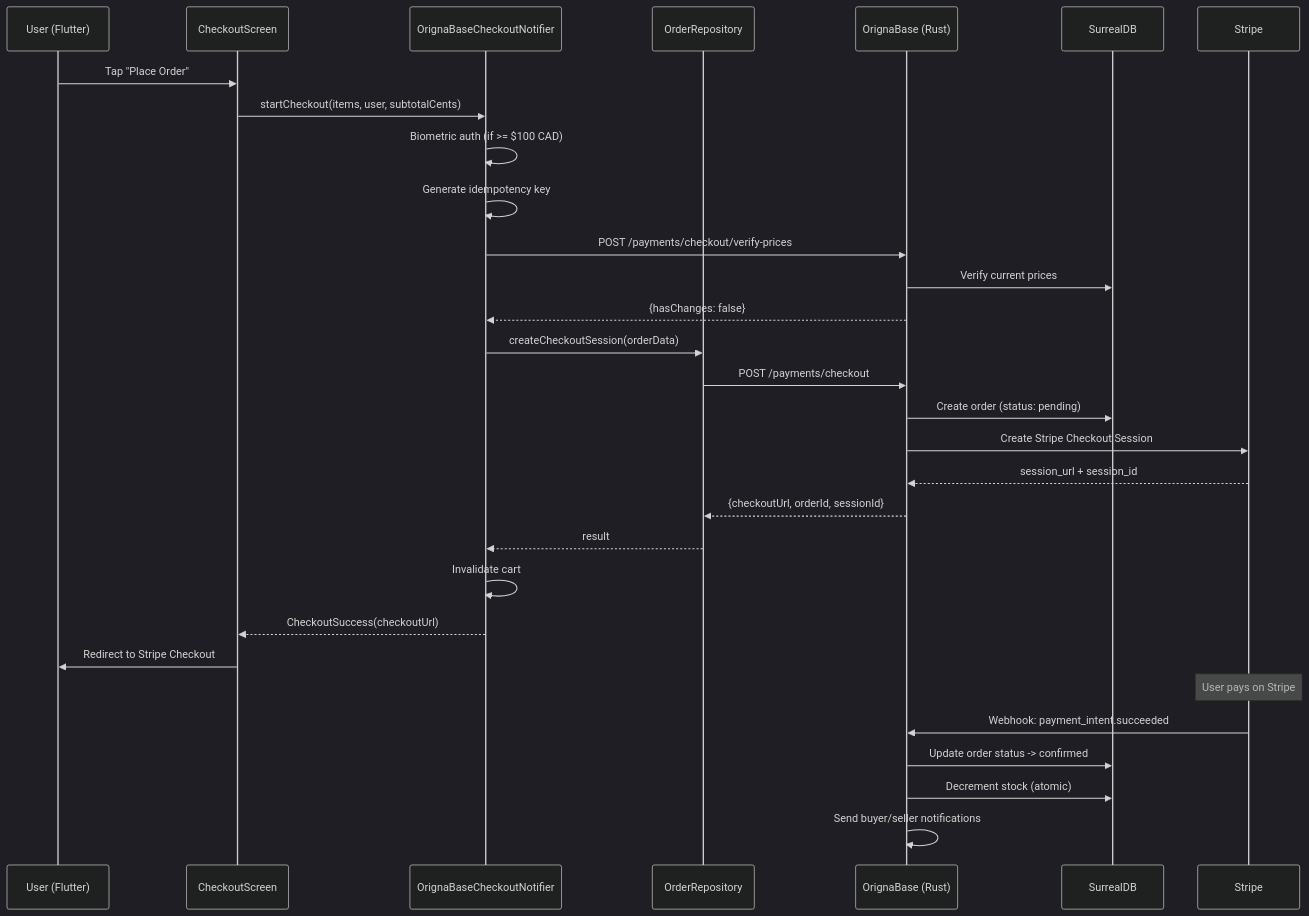
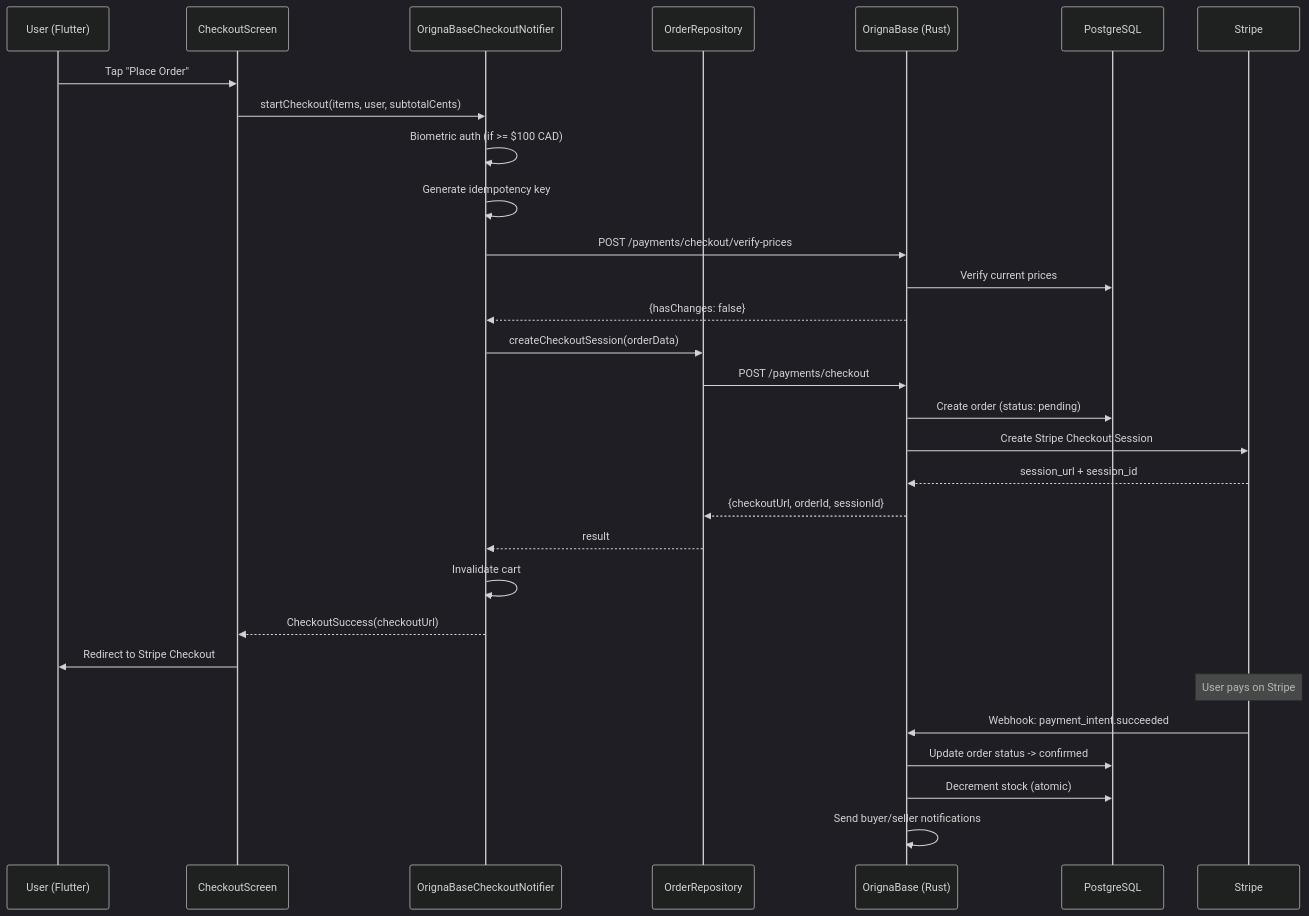
The first of 3 diagrams in docs/ARCHITECTURE.md (yunior123/origna_gta), drawn with Mermaid (dark theme) before and after one commit. The commit also changed other lines of this file and 160 other files, not shown here.

First line of the commit message:
feat: PostgreSQL migration foundation + P0 fixes + order state machine

````diff
--- a/docs/ARCHITECTURE.md
+++ b/docs/ARCHITECTURE.md
@@ -45,33 +45,33 @@
 ```mermaid
 sequenceDiagram
     participant U as User (Flutter)
     participant CS as CheckoutScreen
     participant CN as OrignaBaseCheckoutNotifier
     participant OR as OrderRepository
     participant OB as OrignaBase (Rust)
-    participant DB as SurrealDB
+    participant DB as PostgreSQL
     participant S as Stripe
 
     U->>CS: Tap "Place Order"
     CS->>CN: startCheckout(items, user, subtotalCents)
     CN->>CN: Biometric auth (if >= $100 CAD)
     CN->>CN: Generate idempotency key
     CN->>OB: POST /payments/checkout/verify-prices
     OB->>DB: Verify current prices
     OB-->>CN: {hasChanges: false}
     CN->>OR: createCheckoutSession(orderData)
     OR->>OB: POST /payments/checkout
     OB->>DB: Create order (status: pending)
     OB->>S: Create Stripe Checkout Session
     S-->>OB: session_url + session_id
     OB-->>OR: {checkoutUrl, orderId, sessionId}
     OR-->>CN: result
     CN->>CN: Invalidate cart
     CN-->>CS: CheckoutSuccess(checkoutUrl)
     CS->>U: Redirect to Stripe Checkout
     Note over S: User pays on Stripe
     S->>OB: Webhook: payment_intent.succeeded
     OB->>DB: Update order status -> confirmed
     OB->>DB: Decrement stock (atomic)
     OB->>OB: Send buyer/seller notifications
 ```
````
